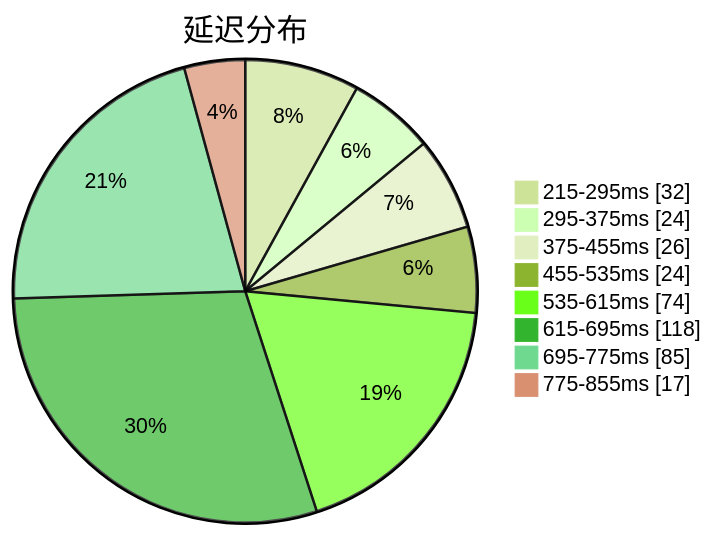
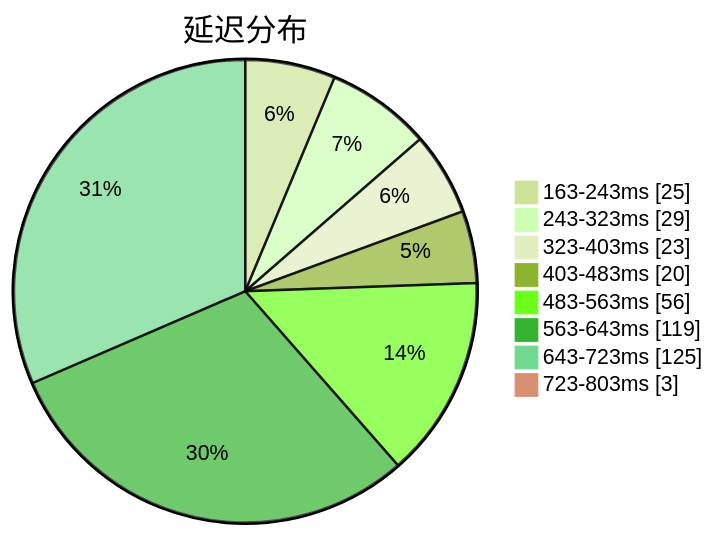
One commit to qjlxg/airport changed the first of 3 diagrams in subs/statistics/tested_within.md. Above: the diagram before and after it, drawn with Mermaid (forest theme). The commit also changed other lines of this file and 2 other files, not shown here.

Commit message:
Tested by metaST

````diff
--- a/subs/statistics/tested_within.md
+++ b/subs/statistics/tested_within.md
@@ -2,12 +2,12 @@
 ```mermaid
 pie showData
 title 延迟分布
-"215-295ms" : 32
-"295-375ms" : 24
-"375-455ms" : 26
-"455-535ms" : 24
-"535-615ms" : 74
-"615-695ms" : 118
-"695-775ms" : 85
-"775-855ms" : 17
+"163-243ms" : 25
+"243-323ms" : 29
+"323-403ms" : 23
+"403-483ms" : 20
+"483-563ms" : 56
+"563-643ms" : 119
+"643-723ms" : 125
+"723-803ms" : 3
 ```
````
